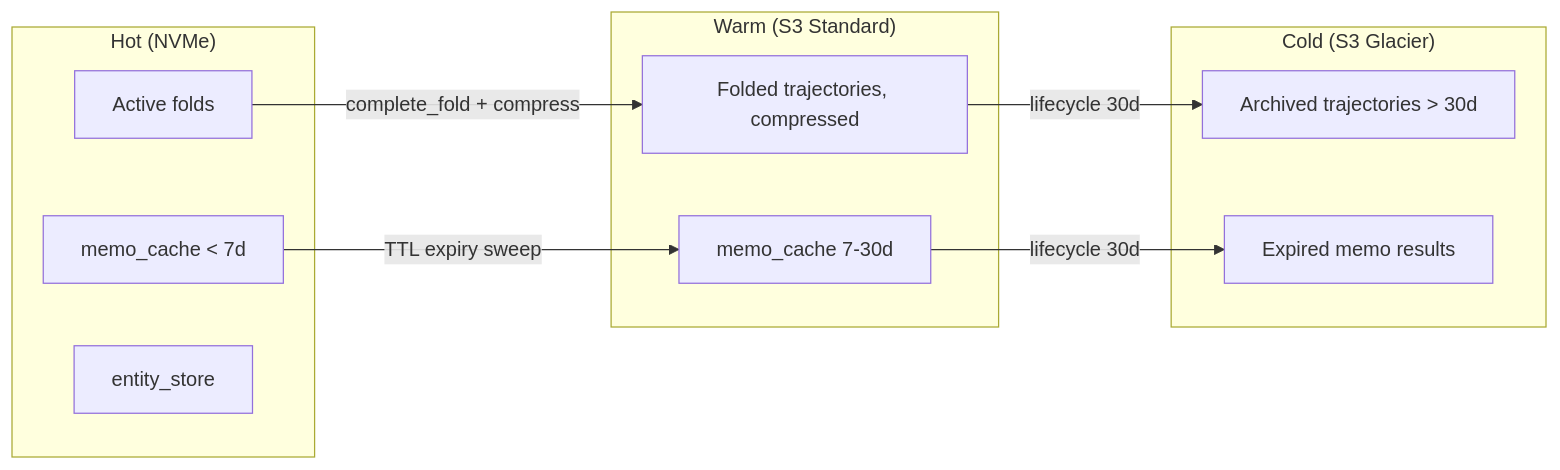
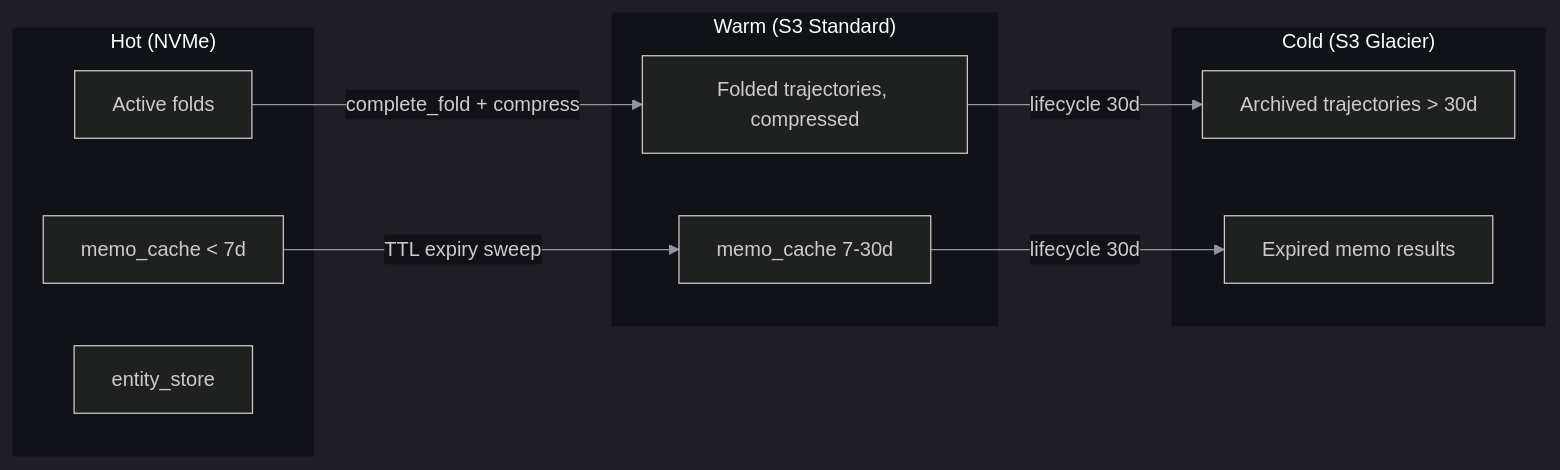
The seventh of 7 diagrams in specs/data-flow.md (ferrosadb/ferrosa-memory), drawn with Mermaid before and after one commit. The commit also changed other lines of this file and 5 other files, not shown here.

First line of the commit message:
style: apply Ferrosa brand dark theme to all Mermaid diagrams

````diff
--- a/specs/data-flow.md
+++ b/specs/data-flow.md
@@ -178,23 +184,24 @@
 ```mermaid
+%%{init: {'theme':'dark','themeVariables':{'primaryColor':'#16161f','primaryTextColor':'#e8e8ed','primaryBorderColor':'#e2725b','lineColor':'#9494a3','secondaryColor':'#1c1c28','tertiaryColor':'#111118','clusterBkg':'#111118','clusterBorder':'#1e1e2a','edgeLabelBackground':'#111118','nodeTextColor':'#e8e8ed'}}}%%
 graph LR
     subgraph "Hot (NVMe)"
         A[Active folds]
         B[memo_cache < 7d]
         C[entity_store]
     end
 
     subgraph "Warm (S3 Standard)"
         D[Folded trajectories, compressed]
         E[memo_cache 7-30d]
     end
 
     subgraph "Cold (S3 Glacier)"
         F[Archived trajectories > 30d]
         G[Expired memo results]
     end
 
     A -->|complete_fold + compress| D
     B -->|TTL expiry sweep| E
     D -->|lifecycle 30d| F
     E -->|lifecycle 30d| G
 ```
````
